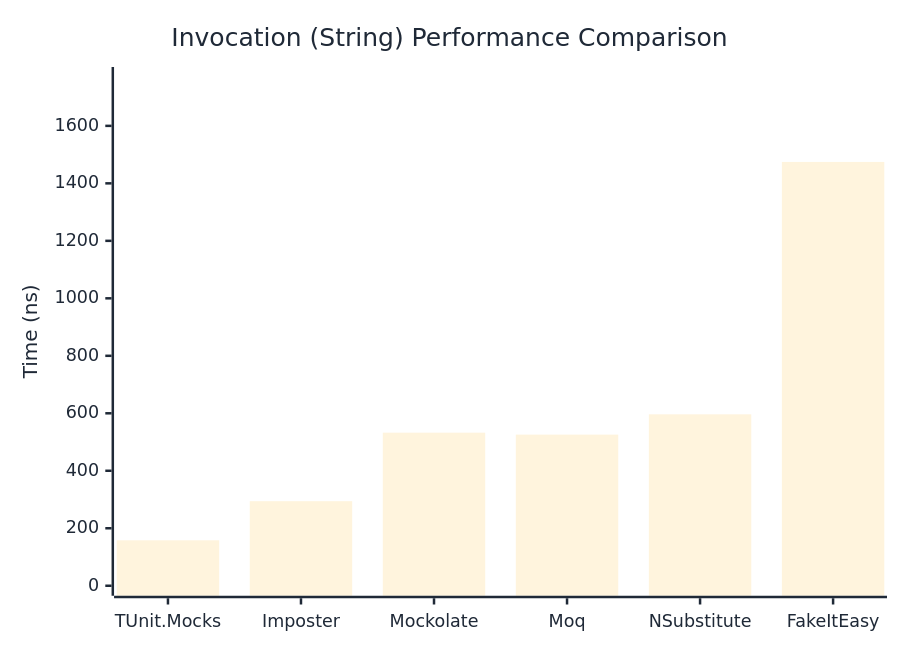
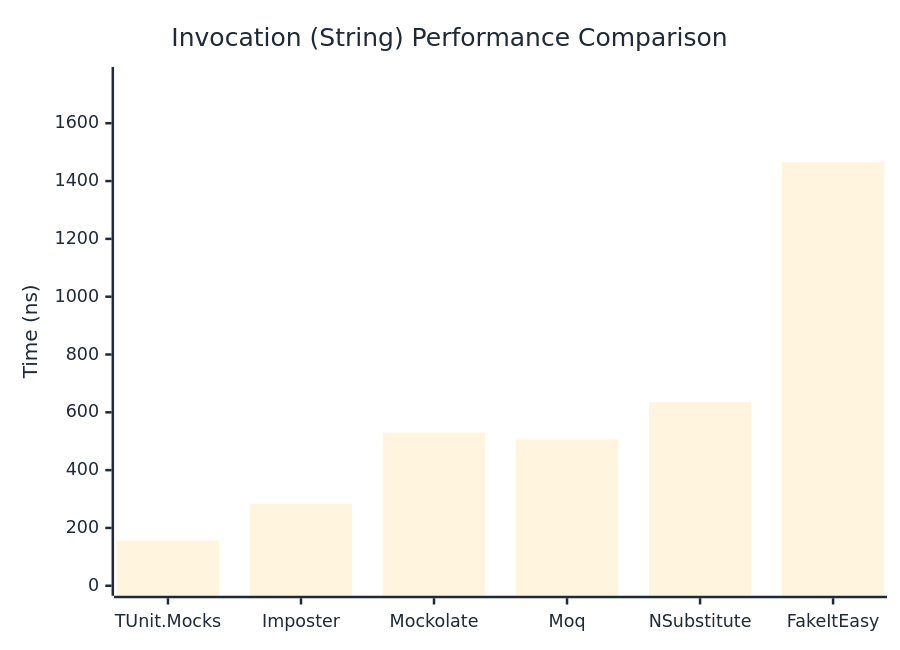
One commit to thomhurst/TUnit changed the second of 3 diagrams in docs/docs/benchmarks/mocks/Invocation.md. Above: the diagram before and after it, drawn with Mermaid. The commit also changed other lines of this file and 14 other files, not shown here.

````diff
--- a/docs/docs/benchmarks/mocks/Invocation.md
+++ b/docs/docs/benchmarks/mocks/Invocation.md
@@ -69,27 +69,27 @@
 ```mermaid
 %%{init: {
   'theme':'base',
   'themeVariables': {
     'primaryColor': '#2563eb',
     'primaryTextColor': '#1f2937',
     'primaryBorderColor': '#1e40af',
     'lineColor': '#6b7280',
     'secondaryColor': '#7c3aed',
     'tertiaryColor': '#dc2626',
     'background': '#ffffff',
     'pie1': '#2563eb',
     'pie2': '#7c3aed',
     'pie3': '#dc2626',
     'pie4': '#f59e0b',
     'pie5': '#10b981',
     'pie6': '#06b6d4',
     'pie7': '#ec4899',
     'pie8': '#6366f1'
   }
 }}%%
 xychart-beta
   title "Invocation (String) Performance Comparison"
   x-axis ["TUnit.Mocks", "Imposter", "Mockolate", "Moq", "NSubstitute", "FakeItEasy"]
-  y-axis "Time (ns)" 0 --> 1770
-  bar [158.1, 294.2, 532.6, 525.8, 596.4, 1474.5]
+  y-axis "Time (ns)" 0 --> 1760
+  bar [156, 283.9, 530.1, 505.7, 635.6, 1466.4]
 ```
````
